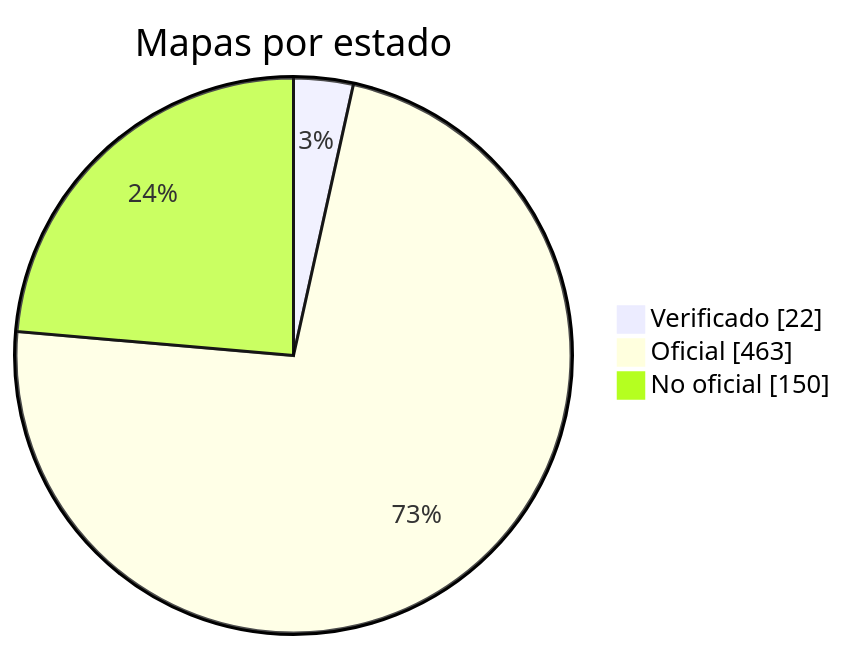
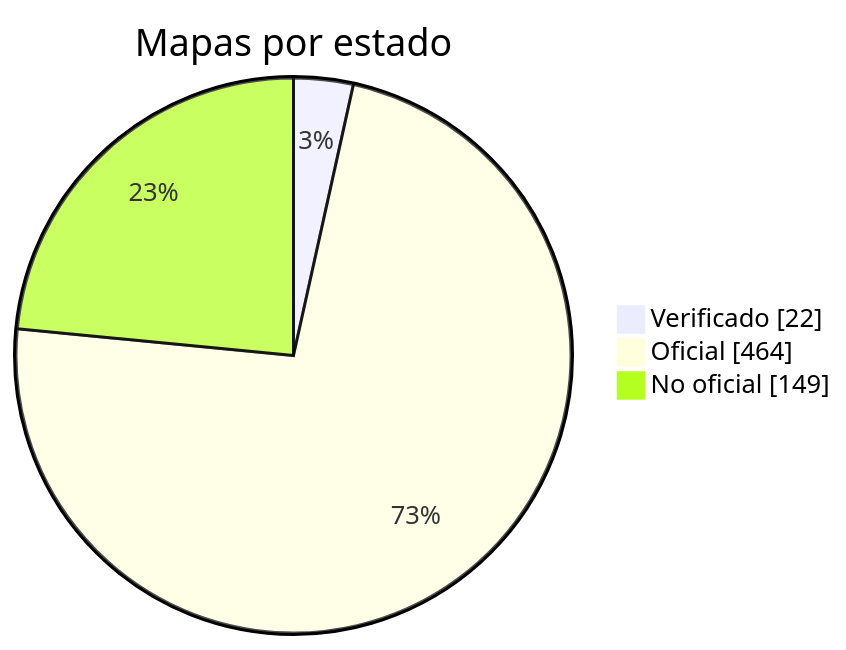
The diagram in docs/readme/README_ES.md (nobrega8/mbmap-library), drawn with Mermaid before and after one commit. The commit also changed 6 other files, not shown here.

````diff
--- a/docs/readme/README_ES.md
+++ b/docs/readme/README_ES.md
@@ -54,7 +54,7 @@
 ```mermaid
 pie showData
     title Mapas por estado
     "Verificado" : 22
-    "Oficial" : 463
-    "No oficial" : 150
+    "Oficial" : 464
+    "No oficial" : 149
 ```
````
